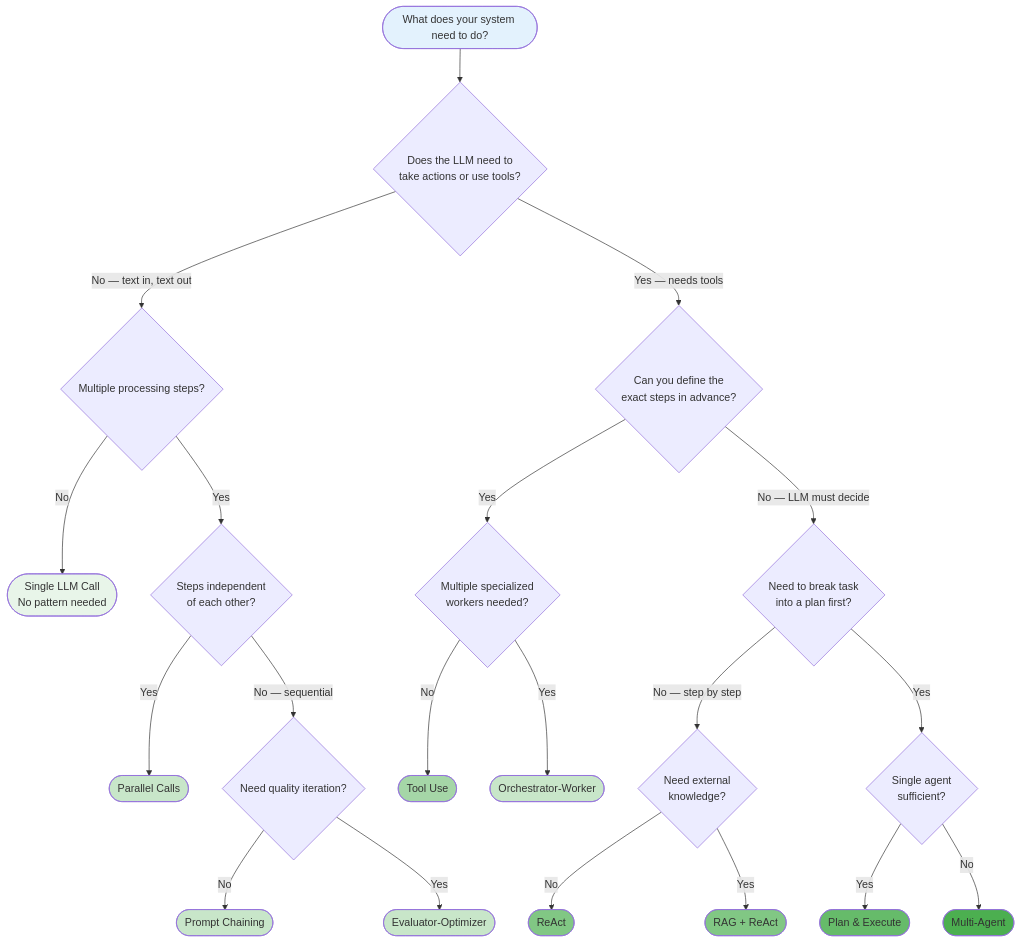
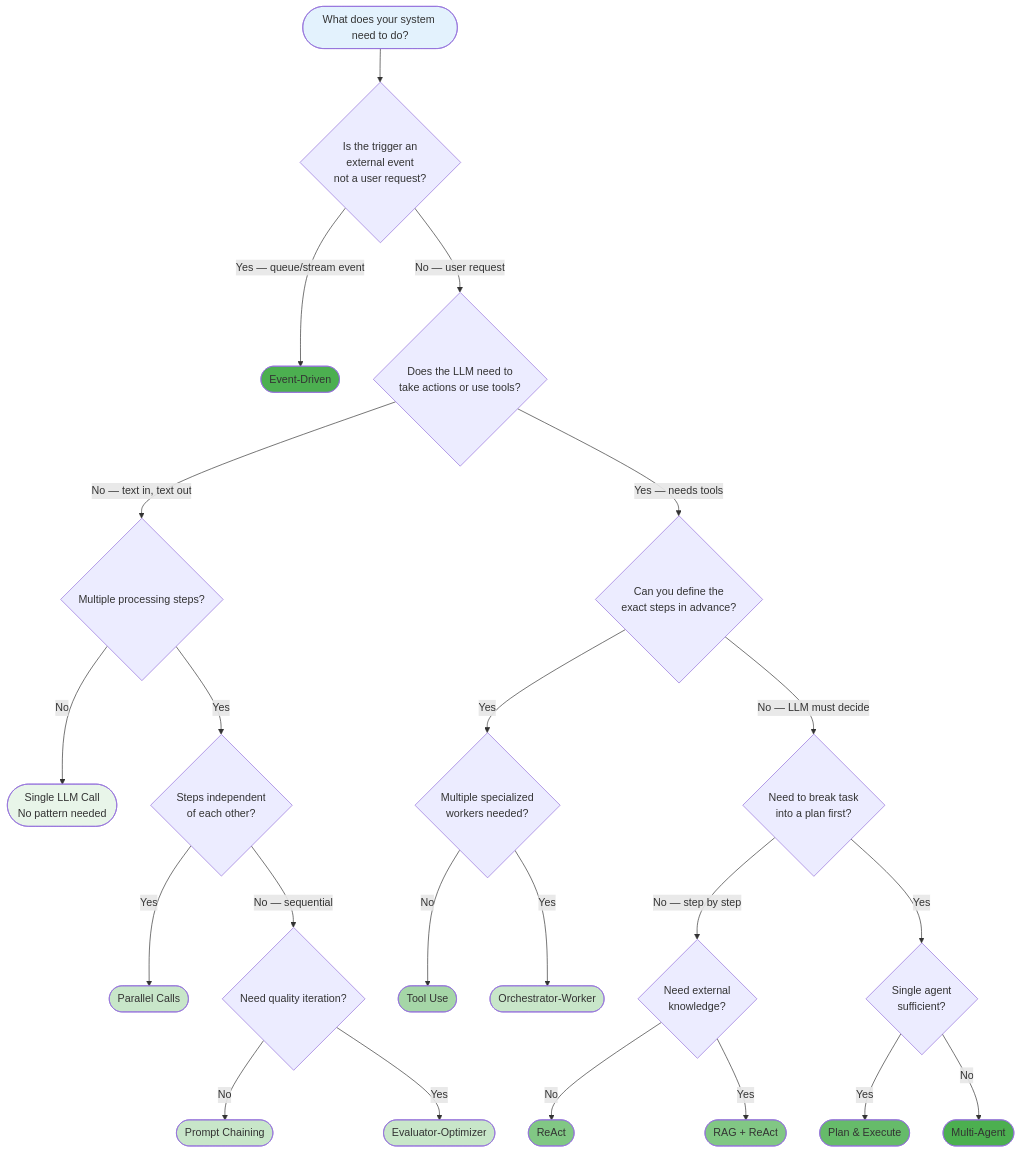
The first of 2 diagrams in foundations/choosing-a-pattern.md (jagguvarma15/agent-blueprints), drawn with Mermaid before and after one commit. The commit also changed other lines of this file, not shown here.

````diff
--- a/foundations/choosing-a-pattern.md
+++ b/foundations/choosing-a-pattern.md
@@ -7,38 +7,42 @@
 ```mermaid
 graph TD
-    Start([What does your system need to do?]) --> Q1{Does the LLM need to<br/>take actions or use tools?}
+    Start([What does your system need to do?]) --> Q0{Is the trigger an<br/>external event<br/>not a user request?}
+
+    Q0 -->|"Yes — queue/stream event"| EventDriven([Event-Driven])
+    Q0 -->|"No — user request"| Q1{Does the LLM need to<br/>take actions or use tools?}
 
     Q1 -->|"No — text in, text out"| Q2{Multiple processing steps?}
     Q2 -->|"No"| Single([Single LLM Call<br/>No pattern needed])
     Q2 -->|"Yes"| Q3{Steps independent<br/>of each other?}
     Q3 -->|"Yes"| Parallel([Parallel Calls])
     Q3 -->|"No — sequential"| Q4{Need quality iteration?}
     Q4 -->|"No"| Chain([Prompt Chaining])
     Q4 -->|"Yes"| EvalOpt([Evaluator-Optimizer])
 
     Q1 -->|"Yes — needs tools"| Q5{Can you define the<br/>exact steps in advance?}
     Q5 -->|"Yes"| Q6{Multiple specialized<br/>workers needed?}
     Q6 -->|"No"| ToolUse([Tool Use])
     Q6 -->|"Yes"| OrcWorker([Orchestrator-Worker])
 
     Q5 -->|"No — LLM must decide"| Q7{Need to break task<br/>into a plan first?}
     Q7 -->|"No — step by step"| Q8{Need external<br/>knowledge?}
     Q8 -->|"No"| ReAct([ReAct])
     Q8 -->|"Yes"| RAG([RAG + ReAct])
 
     Q7 -->|"Yes"| Q9{Single agent<br/>sufficient?}
     Q9 -->|"Yes"| PlanExec([Plan & Execute])
     Q9 -->|"No"| MultiAgent([Multi-Agent])
 
     style Start fill:#e3f2fd
     style Single fill:#e8f5e9
     style Chain fill:#c8e6c9
     style Parallel fill:#c8e6c9
     style EvalOpt fill:#c8e6c9
     style OrcWorker fill:#c8e6c9
     style ToolUse fill:#a5d6a7
     style ReAct fill:#81c784
     style RAG fill:#81c784
     style PlanExec fill:#66bb6a
     style MultiAgent fill:#4caf50
+    style EventDriven fill:#4caf50
 ```
````
